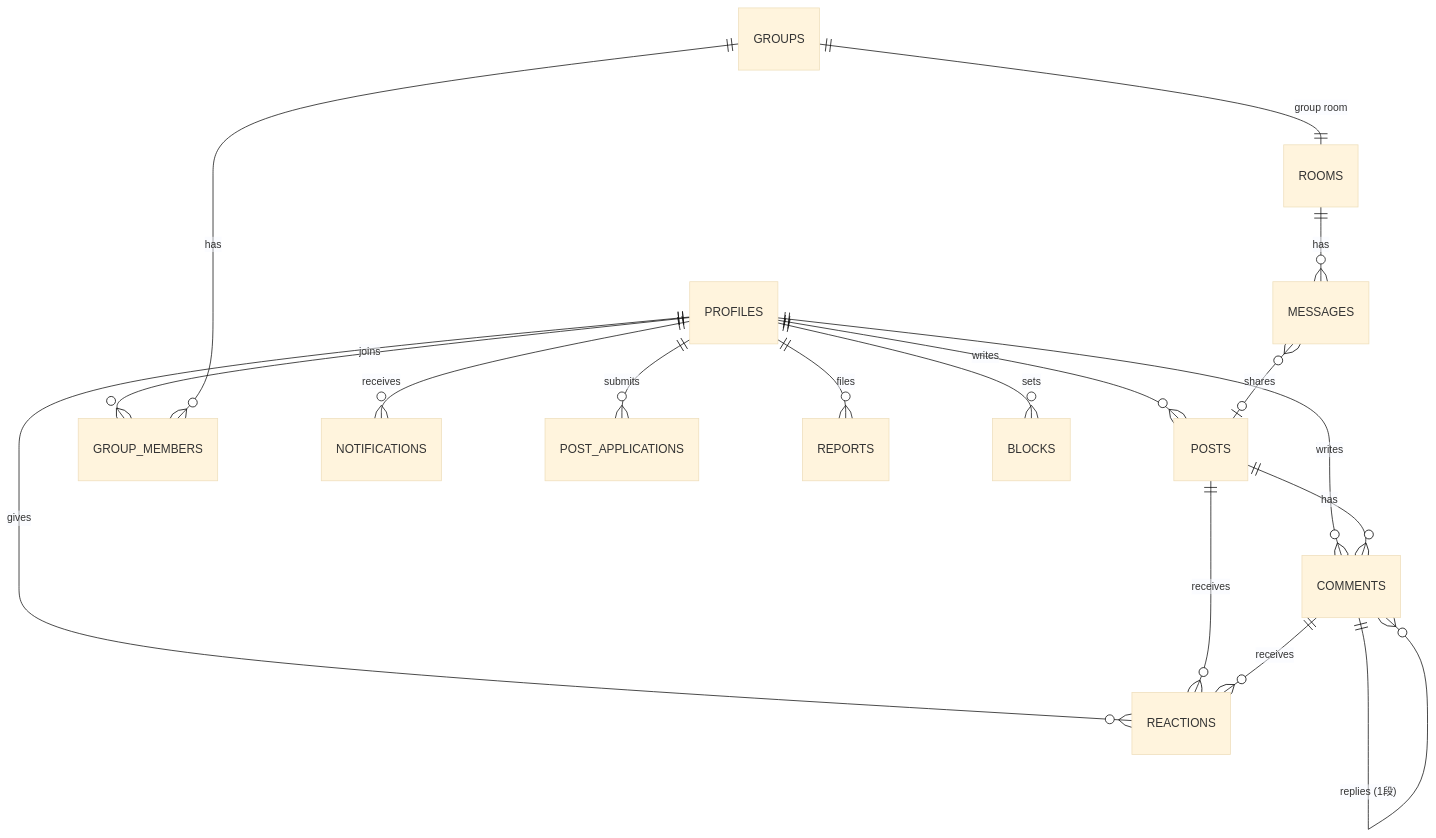
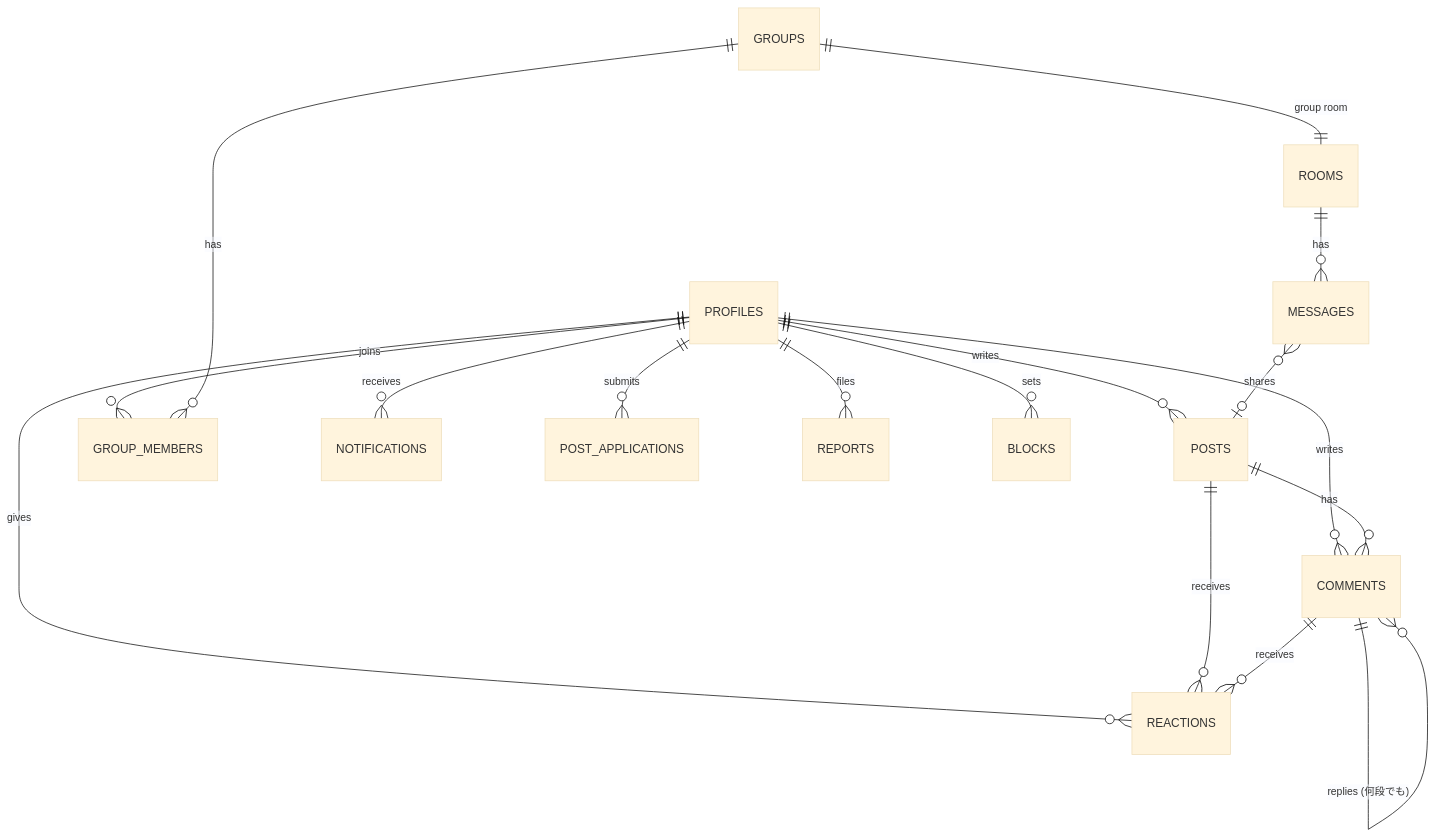
Before and after one commit to Omni-lab26/obj: the diagram in news-app/docs/data-model.md, drawn with Mermaid (base theme). The commit also changed other lines of this file and 2 other files, not shown here.

````diff
--- a/news-app/docs/data-model.md
+++ b/news-app/docs/data-model.md
@@ -31,19 +31,19 @@
 ```mermaid
 erDiagram
   PROFILES ||--o{ POSTS : writes
   PROFILES ||--o{ COMMENTS : writes
   POSTS ||--o{ COMMENTS : has
-  COMMENTS ||--o{ COMMENTS : "replies (1段)"
+  COMMENTS ||--o{ COMMENTS : "replies (何段でも)"
   PROFILES ||--o{ REACTIONS : gives
   POSTS ||--o{ REACTIONS : receives
   COMMENTS ||--o{ REACTIONS : receives
   PROFILES ||--o{ GROUP_MEMBERS : joins
   GROUPS ||--o{ GROUP_MEMBERS : has
   GROUPS ||--|| ROOMS : "group room"
   ROOMS ||--o{ MESSAGES : has
   MESSAGES }o--o| POSTS : "shares"
   PROFILES ||--o{ NOTIFICATIONS : receives
   PROFILES ||--o{ POST_APPLICATIONS : submits
   PROFILES ||--o{ REPORTS : files
   PROFILES ||--o{ BLOCKS : sets
 ```
````
